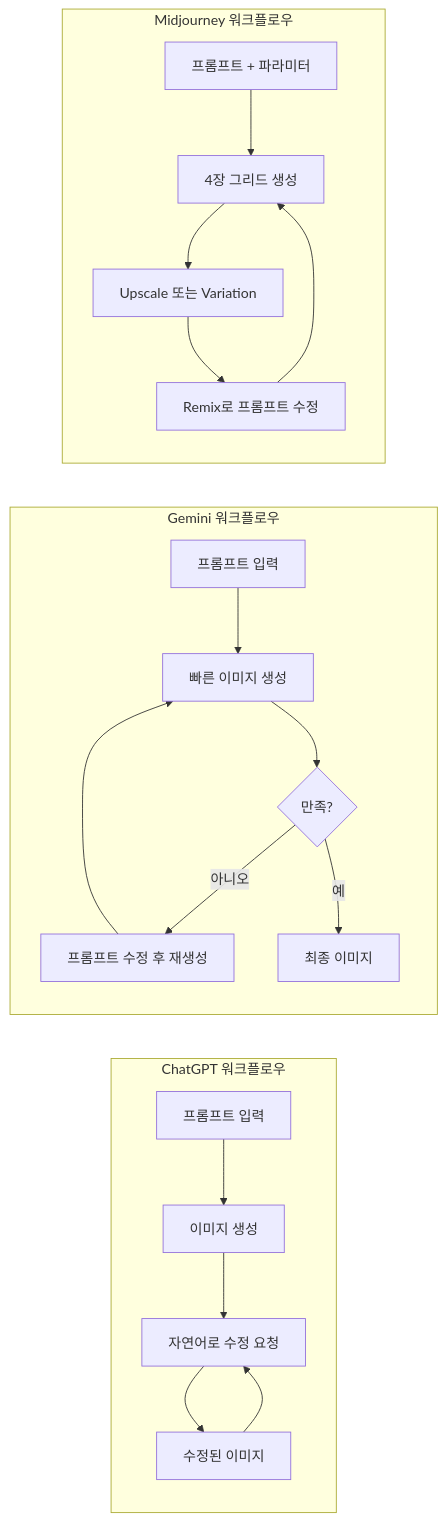
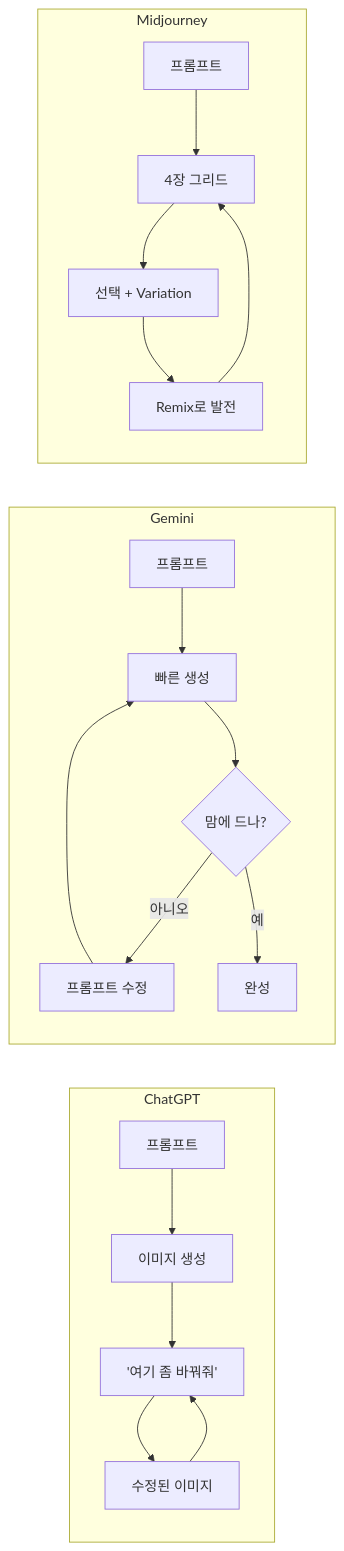
Before and after one commit to jsonpassion/forge-tutorial-promptcanvas: the third of 3 diagrams in 01-ch1-ai-이미지-생성-개론/02-02-주요-플랫폼-비교-chatgpt-vs-gemini-vs-midjourney.md, drawn with Mermaid. The commit also changed other lines of this file and 12 other files, not shown here.

````diff
--- a/01-ch1-ai-이미지-생성-개론/02-02-주요-플랫폼-비교-chatgpt-vs-gemini-vs-midjourney.md
+++ b/01-ch1-ai-이미지-생성-개론/02-02-주요-플랫폼-비교-chatgpt-vs-gemini-vs-midjourney.md
@@ -187,27 +115,27 @@
 ```mermaid
 flowchart LR
-    subgraph ChatGPT["ChatGPT 워크플로우"]
+    subgraph ChatGPT수정["ChatGPT"]
         direction TB
-        A1["프롬프트 입력"] --> A2["이미지 생성"]
-        A2 --> A3["자연어로 수정 요청"]
+        A1["프롬프트"] --> A2["이미지 생성"]
+        A2 --> A3["'여기 좀 바꿔줘'"]
         A3 --> A4["수정된 이미지"]
         A4 --> A3
     end
 
-    subgraph Gemini["Gemini 워크플로우"]
+    subgraph Gemini수정["Gemini"]
         direction TB
-        B1["프롬프트 입력"] --> B2["빠른 이미지 생성"]
-        B2 --> B3{"만족?"}
-        B3 -->|아니오| B4["프롬프트 수정 후 재생성"]
+        B1["프롬프트"] --> B2["빠른 생성"]
+        B2 --> B3{"맘에 드나?"}
+        B3 -->|"아니오"| B4["프롬프트 수정"]
         B4 --> B2
-        B3 -->|예| B5["최종 이미지"]
+        B3 -->|"예"| B5["완성"]
     end
 
-    subgraph Midjourney["Midjourney 워크플로우"]
+    subgraph MJ수정["Midjourney"]
         direction TB
-        C1["프롬프트 + 파라미터"] --> C2["4장 그리드 생성"]
-        C2 --> C3["Upscale 또는 Variation"]
-        C3 --> C4["Remix로 프롬프트 수정"]
+        C1["프롬프트"] --> C2["4장 그리드"]
+        C2 --> C3["선택 + Variation"]
+        C3 --> C4["Remix로 발전"]
         C4 --> C2
     end
 ```
````
